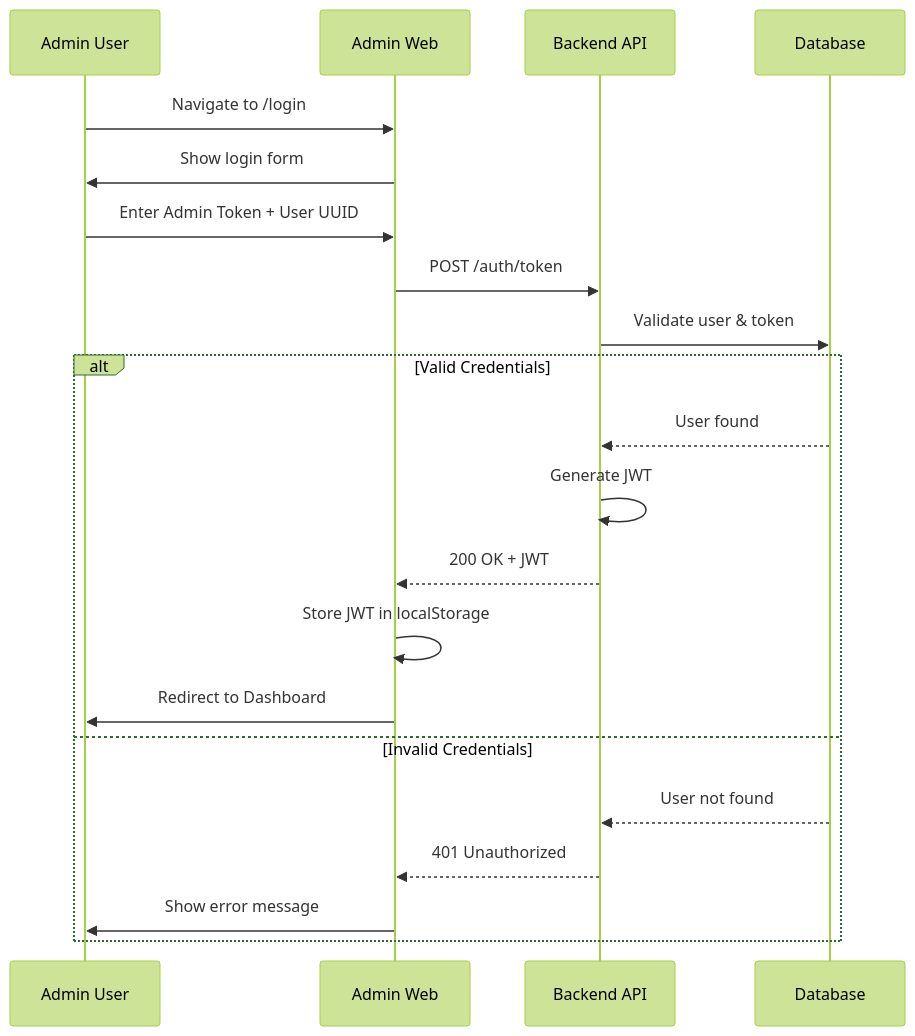
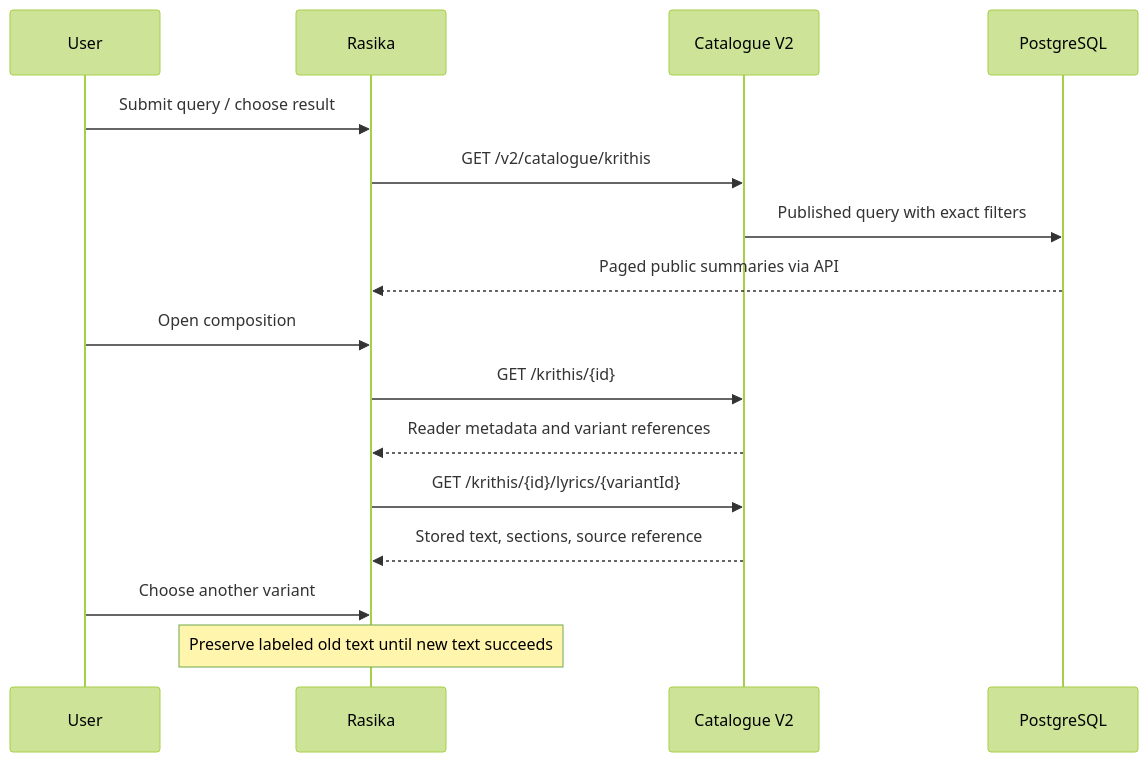
The first of 3 diagrams in application_documentation/02-architecture/diagrams/flows.md (carnaticlabs/Sangeetha-Grantha), drawn with Mermaid (forest theme) before and after one commit. The commit also changed other lines of this file and 292 other files, not shown here.

````diff
--- a/application_documentation/02-architecture/diagrams/flows.md
+++ b/application_documentation/02-architecture/diagrams/flows.md
@@ -80,27 +17,18 @@
 ```mermaid
 sequenceDiagram
-    participant U as Admin User
-    participant FE as Admin Web
-    participant API as Backend API
-    participant DB as Database
-
-    U->>FE: Navigate to /login
-    FE->>U: Show login form
-
-    U->>FE: Enter Admin Token + User UUID
-    FE->>API: POST /auth/token
-
-    API->>DB: Validate user & token
-
-    alt Valid Credentials
-        DB-->>API: User found
-        API->>API: Generate JWT
-        API-->>FE: 200 OK + JWT
-        FE->>FE: Store JWT in localStorage
-        FE->>U: Redirect to Dashboard
-    else Invalid Credentials
-        DB-->>API: User not found
-        API-->>FE: 401 Unauthorized
-        FE->>U: Show error message
-    end
+    participant User
+    participant Rasika
+    participant API as Catalogue V2
+    participant DB as PostgreSQL
+    User->>Rasika: Submit query / choose result
+    Rasika->>API: GET /v2/catalogue/krithis
+    API->>DB: Published query with exact filters
+    DB-->>Rasika: Paged public summaries via API
+    User->>Rasika: Open composition
+    Rasika->>API: GET /krithis/{id}
+    API-->>Rasika: Reader metadata and variant references
+    Rasika->>API: GET /krithis/{id}/lyrics/{variantId}
+    API-->>Rasika: Stored text, sections, source reference
+    User->>Rasika: Choose another variant
+    Note over Rasika: Preserve labeled old text until new text succeeds
 ```
````
